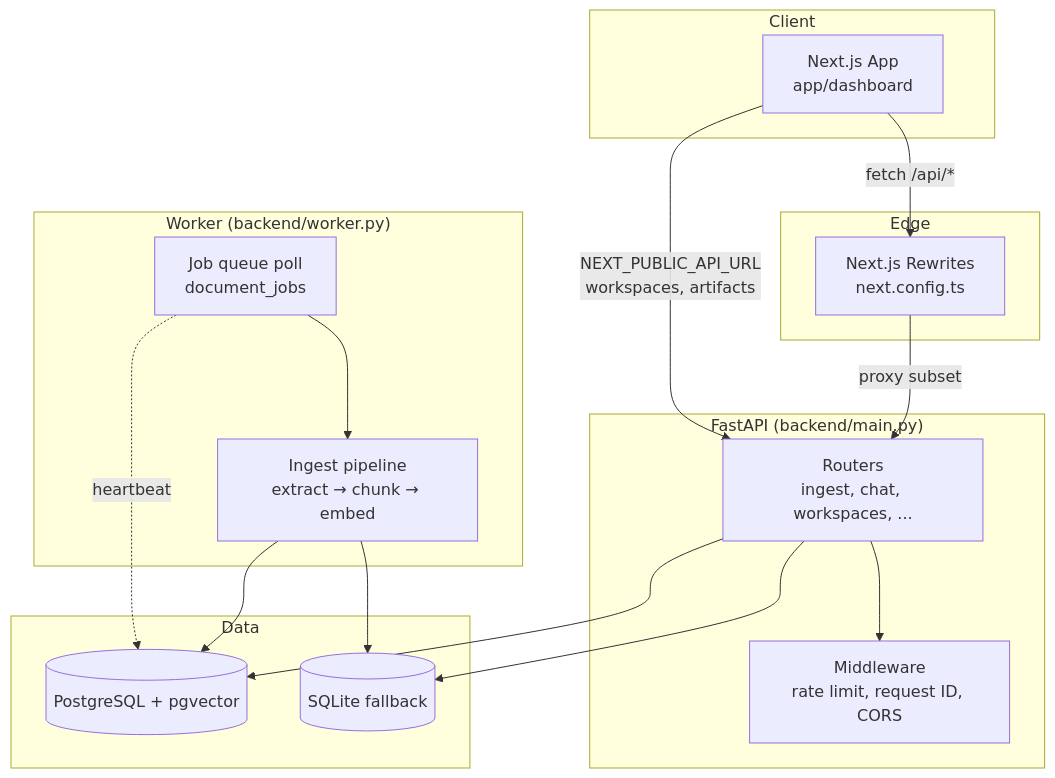
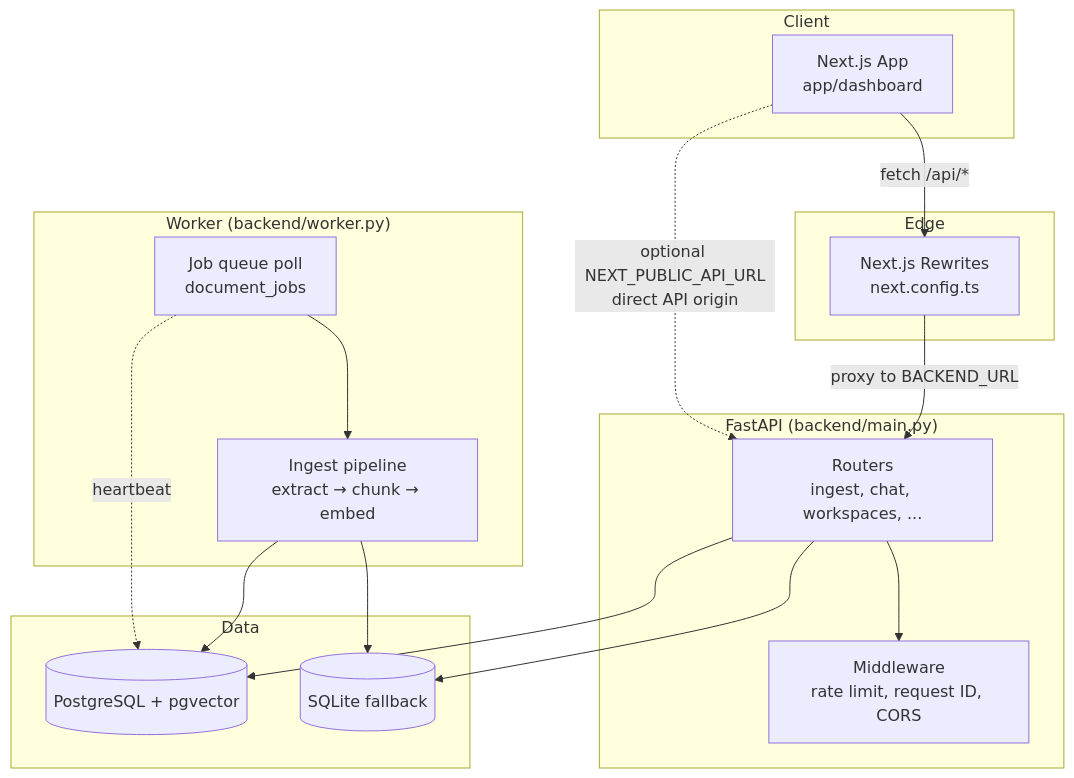
The first of 6 diagrams in README.md (himanshu-nakrani/sourceful), drawn with Mermaid before and after one commit. The commit also changed other lines of this file, not shown here.

````diff
--- a/README.md
+++ b/README.md
@@ -169,36 +169,36 @@
 ```mermaid
 flowchart TB
   subgraph Client
     UI[Next.js App<br/>app/dashboard]
   end
 
   subgraph Edge
     NX[Next.js Rewrites<br/>next.config.ts]
   end
 
   subgraph API["FastAPI (backend/main.py)"]
     MW[Middleware<br/>rate limit, request ID, CORS]
     R[Routers<br/>ingest, chat, workspaces, ...]
   end
 
   subgraph Worker["Worker (backend/worker.py)"]
     JQ[Job queue poll<br/>document_jobs]
     PIPE[Ingest pipeline<br/>extract → chunk → embed]
   end
 
   subgraph Data
     PG[(PostgreSQL + pgvector)]
     SQL[(SQLite fallback)]
   end
 
   UI -->|fetch /api/*| NX
-  NX -->|proxy subset| R
-  UI -->|NEXT_PUBLIC_API_URL<br/>workspaces, artifacts| R
+  NX -->|proxy to BACKEND_URL| R
+  UI -.->|optional NEXT_PUBLIC_API_URL<br/>direct API origin| R
   R --> MW
   R --> PG
   R --> SQL
   JQ --> PIPE
   PIPE --> PG
   PIPE --> SQL
   JQ -.->|heartbeat| PG
 ```
````
